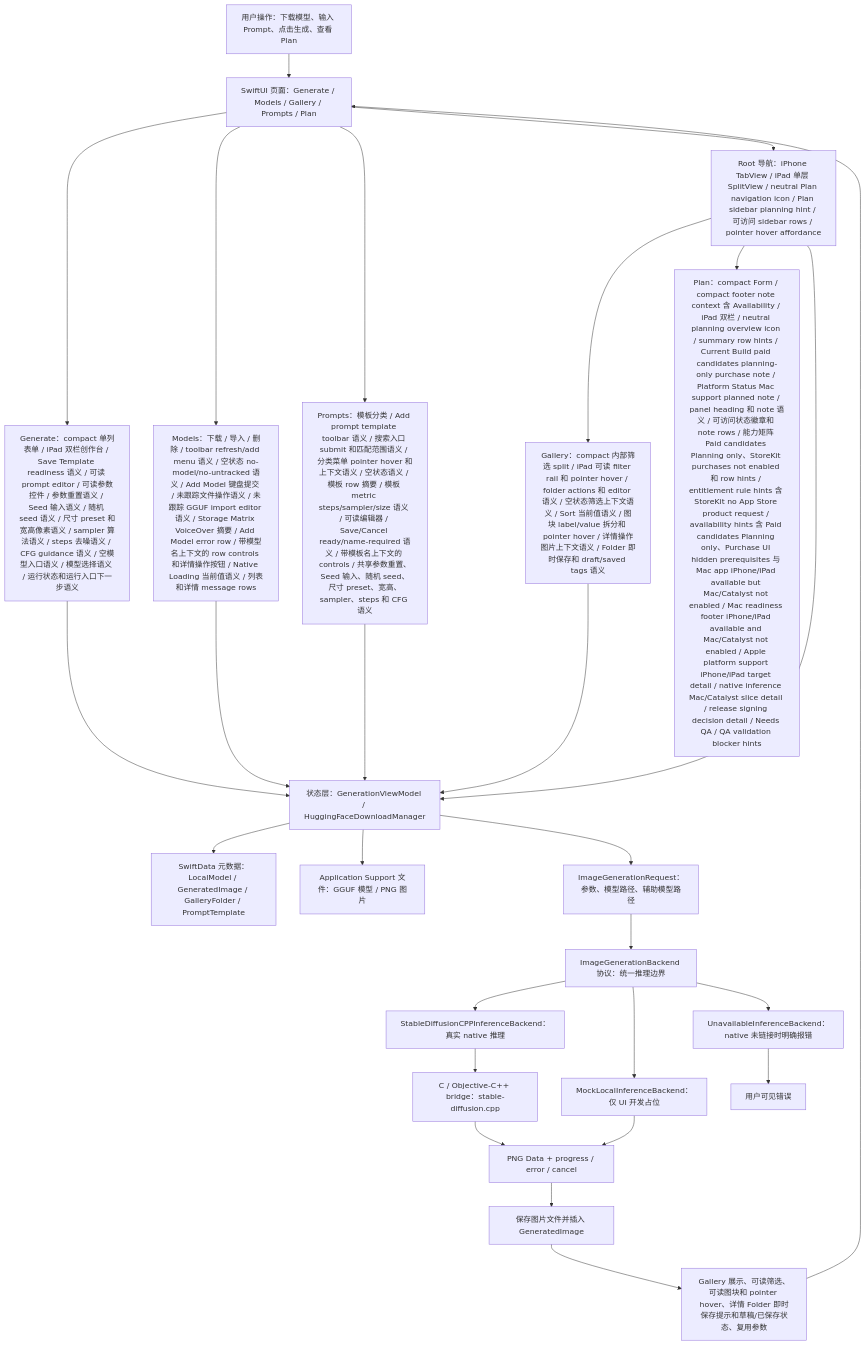
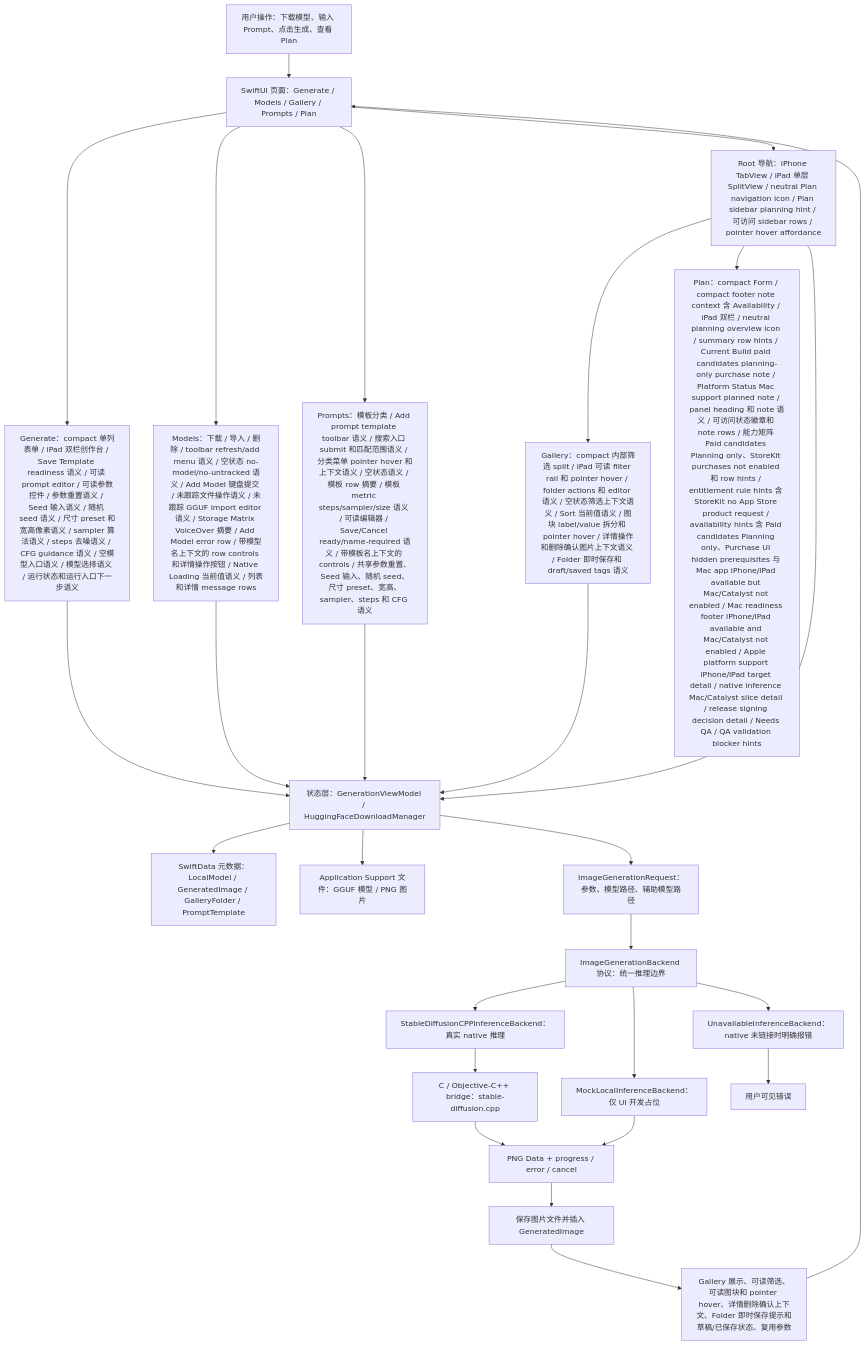
The first of 7 diagrams in md/flow/flowchart.md (Altman-sam114/118), drawn with Mermaid before and after one commit. The commit also changed 5 other files, not shown here.

````diff
--- a/md/flow/flowchart.md
+++ b/md/flow/flowchart.md
@@ -9,29 +9,29 @@
 ```mermaid
 flowchart TD
   U["用户操作：下载模型、输入 Prompt、点击生成、查看 Plan"] --> UI["SwiftUI 页面：Generate / Models / Gallery / Prompts / Plan"]
   UI --> GENUI["Generate：compact 单列表单 / iPad 双栏创作台 / Save Template readiness 语义 / 可读 prompt editor / 可读参数控件 / 参数重置语义 / Seed 输入语义 / 随机 seed 语义 / 尺寸 preset 和宽高像素语义 / sampler 算法语义 / steps 去噪语义 / CFG guidance 语义 / 空模型入口语义 / 模型选择语义 / 运行状态和运行入口下一步语义"]
   UI --> MODELUI["Models：下载 / 导入 / 删除 / toolbar refresh/add menu 语义 / 空状态 no-model/no-untracked 语义 / Add Model 键盘提交 / 未跟踪文件操作语义 / 未跟踪 GGUF import editor 语义 / Storage Matrix VoiceOver 摘要 / Add Model error row / 带模型名上下文的 row controls 和详情操作按钮 / Native Loading 当前值语义 / 列表和详情 message rows"]
   UI --> PROMPTUI["Prompts：模板分类 / Add prompt template toolbar 语义 / 搜索入口 submit 和匹配范围语义 / 分类菜单 pointer hover 和上下文语义 / 空状态语义 / 模板 row 摘要 / 模板 metric steps/sampler/size 语义 / 可读编辑器 / Save/Cancel ready/name-required 语义 / 带模板名上下文的 controls / 共享参数重置、Seed 输入、随机 seed、尺寸 preset、宽高、sampler、steps 和 CFG 语义"]
   UI --> NAV["Root 导航：iPhone TabView / iPad 单层 SplitView / neutral Plan navigation icon / Plan sidebar planning hint / 可访问 sidebar rows / pointer hover affordance"]
-  NAV --> GALUI["Gallery：compact 内部筛选 split / iPad 可读 filter rail 和 pointer hover / folder actions 和 editor 语义 / 空状态筛选上下文语义 / Sort 当前值语义 / 图块 label/value 拆分和 pointer hover / 详情操作图片上下文语义 / Folder 即时保存和 draft/saved tags 语义"]
+  NAV --> GALUI["Gallery：compact 内部筛选 split / iPad 可读 filter rail 和 pointer hover / folder actions 和 editor 语义 / 空状态筛选上下文语义 / Sort 当前值语义 / 图块 label/value 拆分和 pointer hover / 详情操作和删除确认图片上下文语义 / Folder 即时保存和 draft/saved tags 语义"]
   NAV --> PLANUI["Plan：compact Form / compact footer note context 含 Availability / iPad 双栏 / neutral planning overview icon / summary row hints / Current Build paid candidates planning-only purchase note / Platform Status Mac support planned note / panel heading 和 note 语义 / 可访问状态徽章和 note rows / 能力矩阵 Paid candidates Planning only、StoreKit purchases not enabled 和 row hints / entitlement rule hints 含 StoreKit no App Store product request / availability hints 含 Paid candidates Planning only、Purchase UI hidden prerequisites 与 Mac app iPhone/iPad available but Mac/Catalyst not enabled / Mac readiness footer iPhone/iPad available and Mac/Catalyst not enabled / Apple platform support iPhone/iPad target detail / native inference Mac/Catalyst slice detail / release signing decision detail / Needs QA / QA validation blocker hints"]
   NAV --> VM["状态层：GenerationViewModel / HuggingFaceDownloadManager"]
   GENUI --> VM
   MODELUI --> VM
   PROMPTUI --> VM
   GALUI --> VM
   VM --> SD["SwiftData 元数据：LocalModel / GeneratedImage / GalleryFolder / PromptTemplate"]
   VM --> FS["Application Support 文件：GGUF 模型 / PNG 图片"]
   VM --> REQ["ImageGenerationRequest：参数、模型路径、辅助模型路径"]
   REQ --> IFACE["ImageGenerationBackend 协议：统一推理边界"]
   IFACE --> NATIVE["StableDiffusionCPPInferenceBackend：真实 native 推理"]
   IFACE --> MOCK["MockLocalInferenceBackend：仅 UI 开发占位"]
   IFACE --> OFF["UnavailableInferenceBackend：native 未链接时明确报错"]
   NATIVE --> BRIDGE["C / Objective-C++ bridge：stable-diffusion.cpp"]
   BRIDGE --> PNG["PNG Data + progress / error / cancel"]
   MOCK --> PNG
   OFF --> ERR["用户可见错误"]
   PNG --> SAVE["保存图片文件并插入 GeneratedImage"]
-  SAVE --> GALLERY["Gallery 展示、可读筛选、可读图块和 pointer hover、详情 Folder 即时保存提示和草稿/已保存状态、复用参数"]
+  SAVE --> GALLERY["Gallery 展示、可读筛选、可读图块和 pointer hover、详情删除确认上下文、Folder 即时保存提示和草稿/已保存状态、复用参数"]
   GALLERY --> UI
 ```
````
